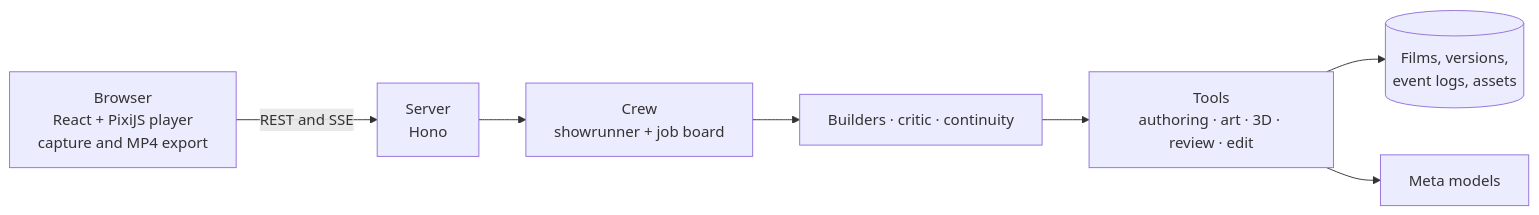
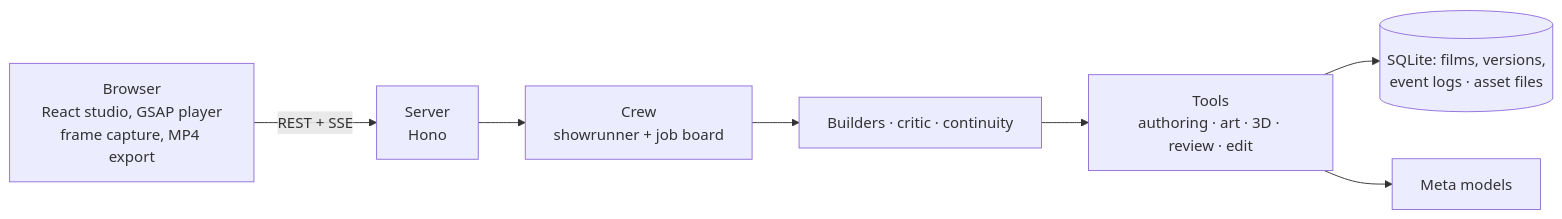
Before and after one commit to khanzzirfan/pixitween-director: the diagram in README.md, drawn with Mermaid. The commit also changed other lines of this file and 22 other files, not shown here.

````diff
--- a/README.md
+++ b/README.md
@@ -39,9 +248,9 @@
 ```mermaid
 flowchart LR
-  Browser["Browser<br/>React + PixiJS player<br/>capture and MP4 export"] -- "REST and SSE" --> API["Server<br/>Hono"]
+  Browser["Browser<br/>React studio, GSAP player<br/>frame capture, MP4 export"] -- "REST + SSE" --> API["Server<br/>Hono"]
   API --> Crew["Crew<br/>showrunner + job board"]
   Crew --> Workers["Builders · critic · continuity"]
   Workers --> Tools["Tools<br/>authoring · art · 3D · review · edit"]
-  Tools --> Store[("Films, versions,<br/>event logs, assets")]
+  Tools --> Store[("SQLite: films, versions,<br/>event logs · asset files")]
   Tools --> Meta["Meta models"]
 ```
````
